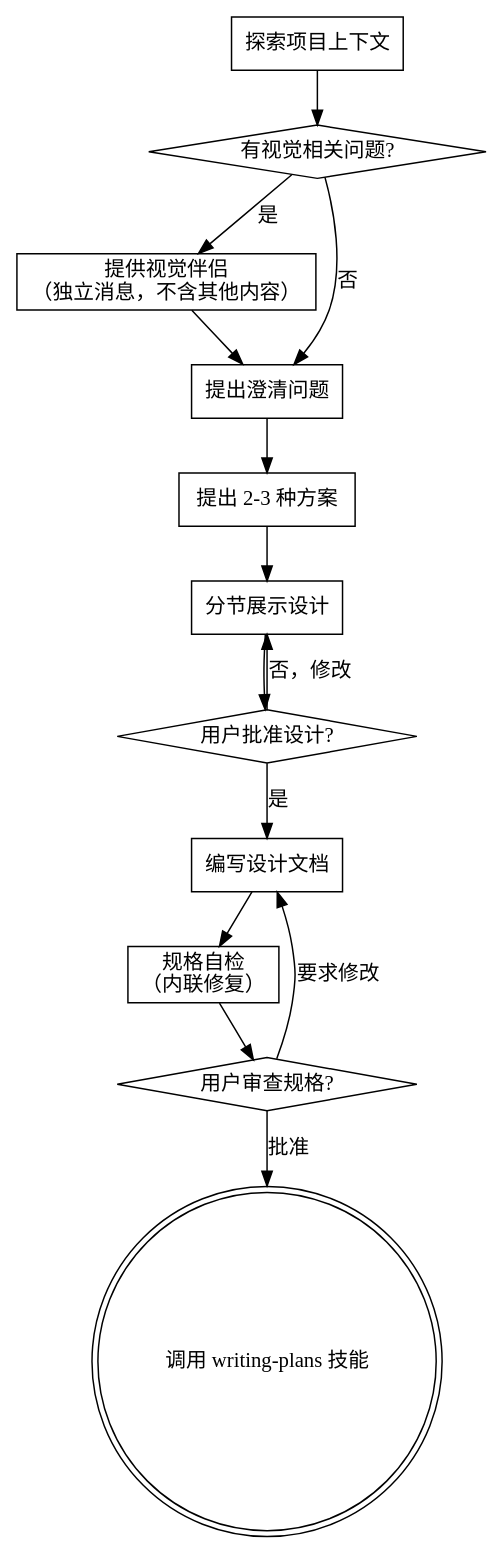
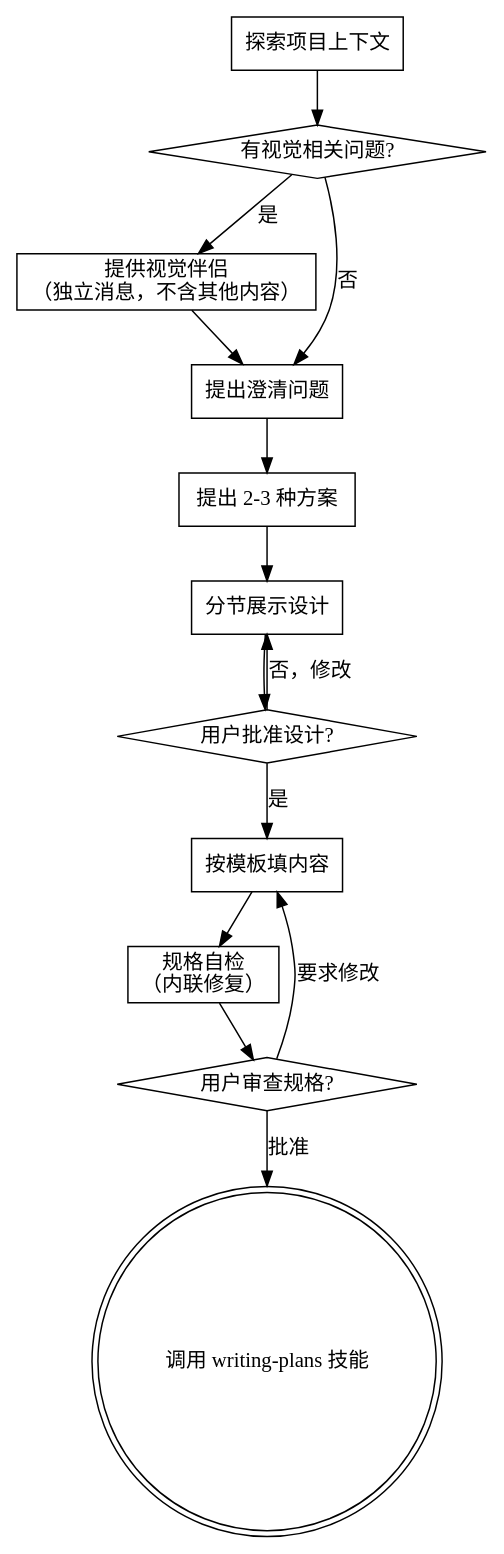
Before and after one commit to linqibin0826/patra: the diagram in patra-api/.claude-marketplace/patra/skills/brainstorming/SKILL.md, drawn with Graphviz. The commit also changed other lines of this file and 70 other files, not shown here.

````diff
--- a/patra-api/.claude-marketplace/patra/skills/brainstorming/SKILL.md
+++ b/patra-api/.claude-marketplace/patra/skills/brainstorming/SKILL.md
@@ -36,29 +36,29 @@
 ```dot
 digraph brainstorming {
     "探索项目上下文" [shape=box];
     "有视觉相关问题?" [shape=diamond];
     "提供视觉伴侣\n（独立消息，不含其他内容）" [shape=box];
     "提出澄清问题" [shape=box];
     "提出 2-3 种方案" [shape=box];
     "分节展示设计" [shape=box];
     "用户批准设计?" [shape=diamond];
-    "编写设计文档" [shape=box];
+    "按模板填内容" [shape=box];
     "规格自检\n（内联修复）" [shape=box];
     "用户审查规格?" [shape=diamond];
     "调用 writing-plans 技能" [shape=doublecircle];
 
     "探索项目上下文" -> "有视觉相关问题?";
     "有视觉相关问题?" -> "提供视觉伴侣\n（独立消息，不含其他内容）" [label="是"];
     "有视觉相关问题?" -> "提出澄清问题" [label="否"];
     "提供视觉伴侣\n（独立消息，不含其他内容）" -> "提出澄清问题";
     "提出澄清问题" -> "提出 2-3 种方案";
     "提出 2-3 种方案" -> "分节展示设计";
     "分节展示设计" -> "用户批准设计?";
     "用户批准设计?" -> "分节展示设计" [label="否，修改"];
-    "用户批准设计?" -> "编写设计文档" [label="是"];
-    "编写设计文档" -> "规格自检\n（内联修复）";
+    "用户批准设计?" -> "按模板填内容" [label="是"];
+    "按模板填内容" -> "规格自检\n（内联修复）";
     "规格自检\n（内联修复）" -> "用户审查规格?";
-    "用户审查规格?" -> "编写设计文档" [label="要求修改"];
+    "用户审查规格?" -> "按模板填内容" [label="要求修改"];
     "用户审查规格?" -> "调用 writing-plans 技能" [label="批准"];
 }
 ```
````
